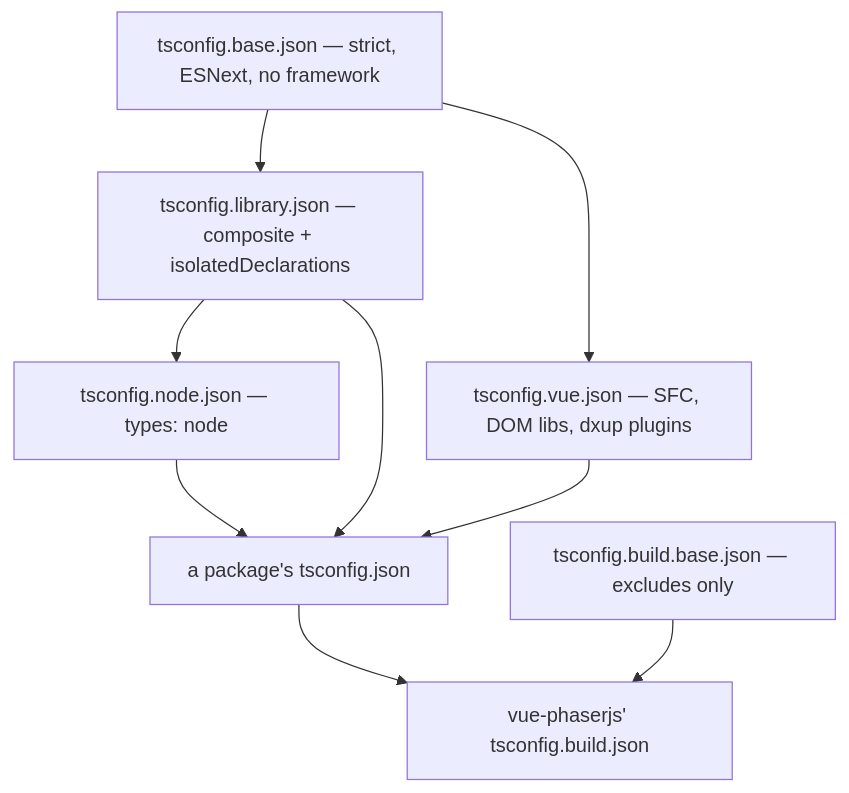
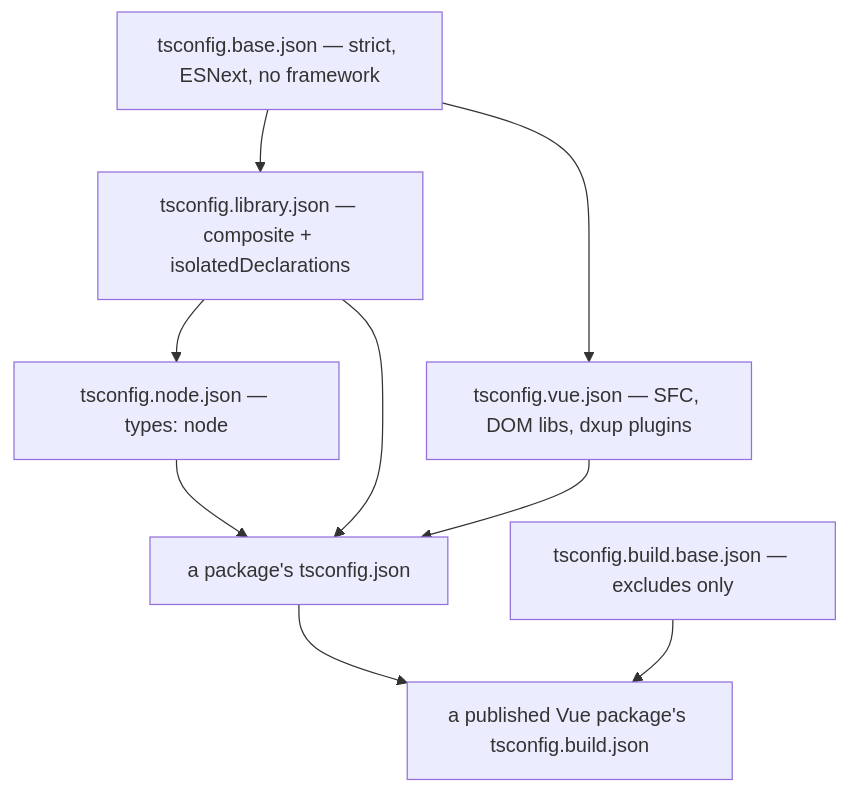
The second of 2 diagrams in apps/web/content/docs/architecture/build-pipeline.md (Esposter/Esposter), drawn with Mermaid before and after one commit. The commit also changed 38 other files, not shown here.

````diff
--- a/apps/web/content/docs/architecture/build-pipeline.md
+++ b/apps/web/content/docs/architecture/build-pipeline.md
@@ -106,11 +106,11 @@
 ```mermaid
 flowchart TD
   B["tsconfig.base.json — strict, ESNext, no framework"] --> L["tsconfig.library.json — composite + isolatedDeclarations"]
   B --> V["tsconfig.vue.json — SFC, DOM libs, dxup plugins"]
   L --> N["tsconfig.node.json — types: node"]
   N --> P["a package's tsconfig.json"]
   L --> P
   V --> P
-  P --> BU["vue-phaserjs' tsconfig.build.json"]
+  P --> BU["a published Vue package's tsconfig.build.json"]
   X["tsconfig.build.base.json — excludes only"] --> BU
 ```
````
